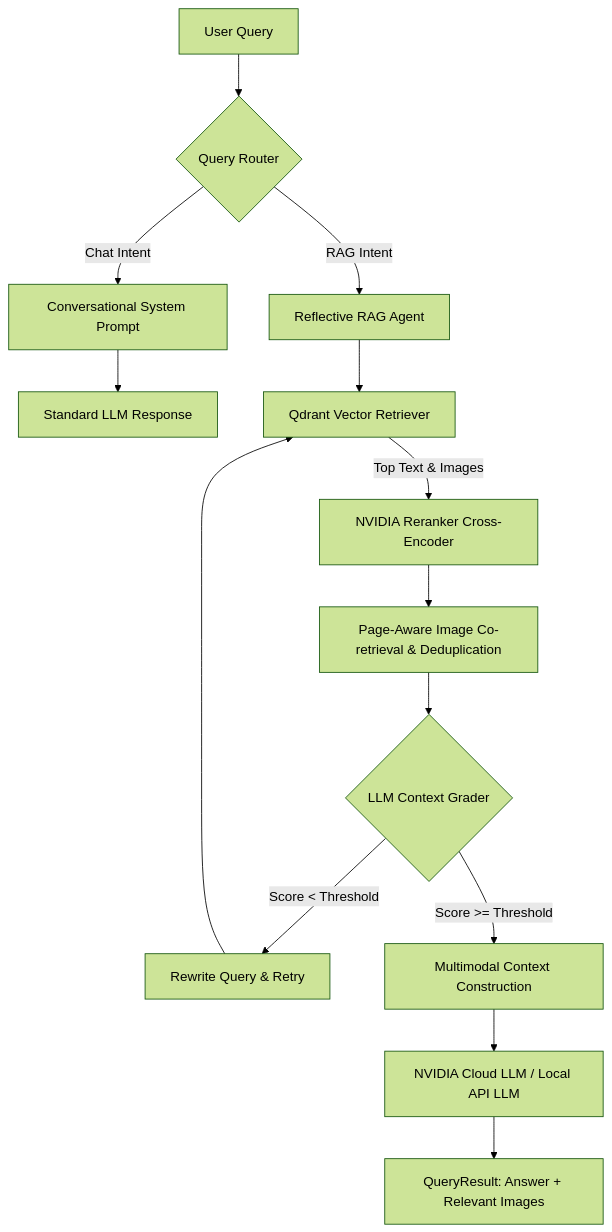
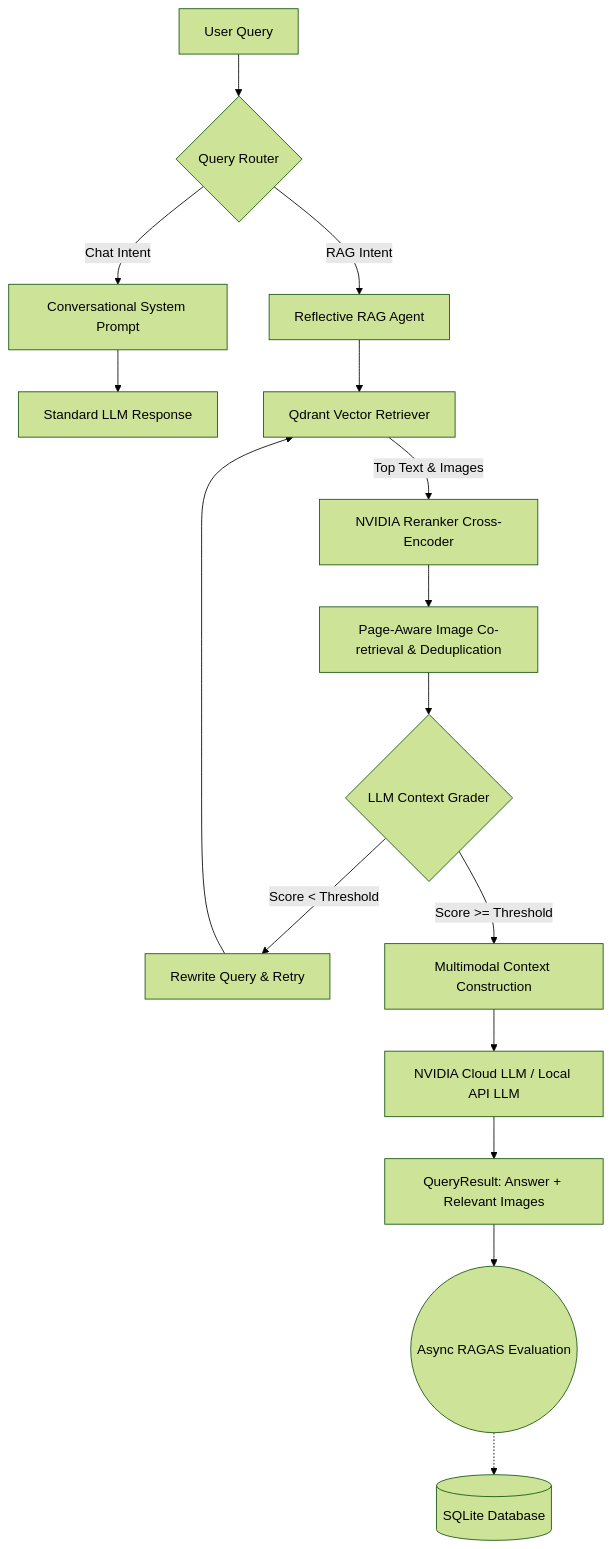
One commit to darpansanghani/multimodel_rag changed the diagram in README.md. Above: the diagram before and after it, drawn with Mermaid (forest theme). The commit also changed other lines of this file and 13 other files, not shown here.

````diff
--- a/README.md
+++ b/README.md
@@ -26,21 +29,23 @@
 ```mermaid
 graph TD
     A[User Query] --> B{Query Router}
     
     B -->|Chat Intent| C[Conversational System Prompt]
     C --> D[Standard LLM Response]
     
     B -->|RAG Intent| E[Reflective RAG Agent]
     E --> F[Qdrant Vector Retriever]
     
     F -->|Top Text & Images| G[NVIDIA Reranker Cross-Encoder]
     G --> H[Page-Aware Image Co-retrieval & Deduplication]
     
     H --> I{LLM Context Grader}
     I -->|Score < Threshold| J[Rewrite Query & Retry]
     J --> F
     
     I -->|Score >= Threshold| K[Multimodal Context Construction]
     K --> L[NVIDIA Cloud LLM / Local API LLM]
     L --> M[QueryResult: Answer + Relevant Images]
+    M --> N((Async RAGAS Evaluation))
+    N -.-> O[(SQLite Database)]
 ```
````
